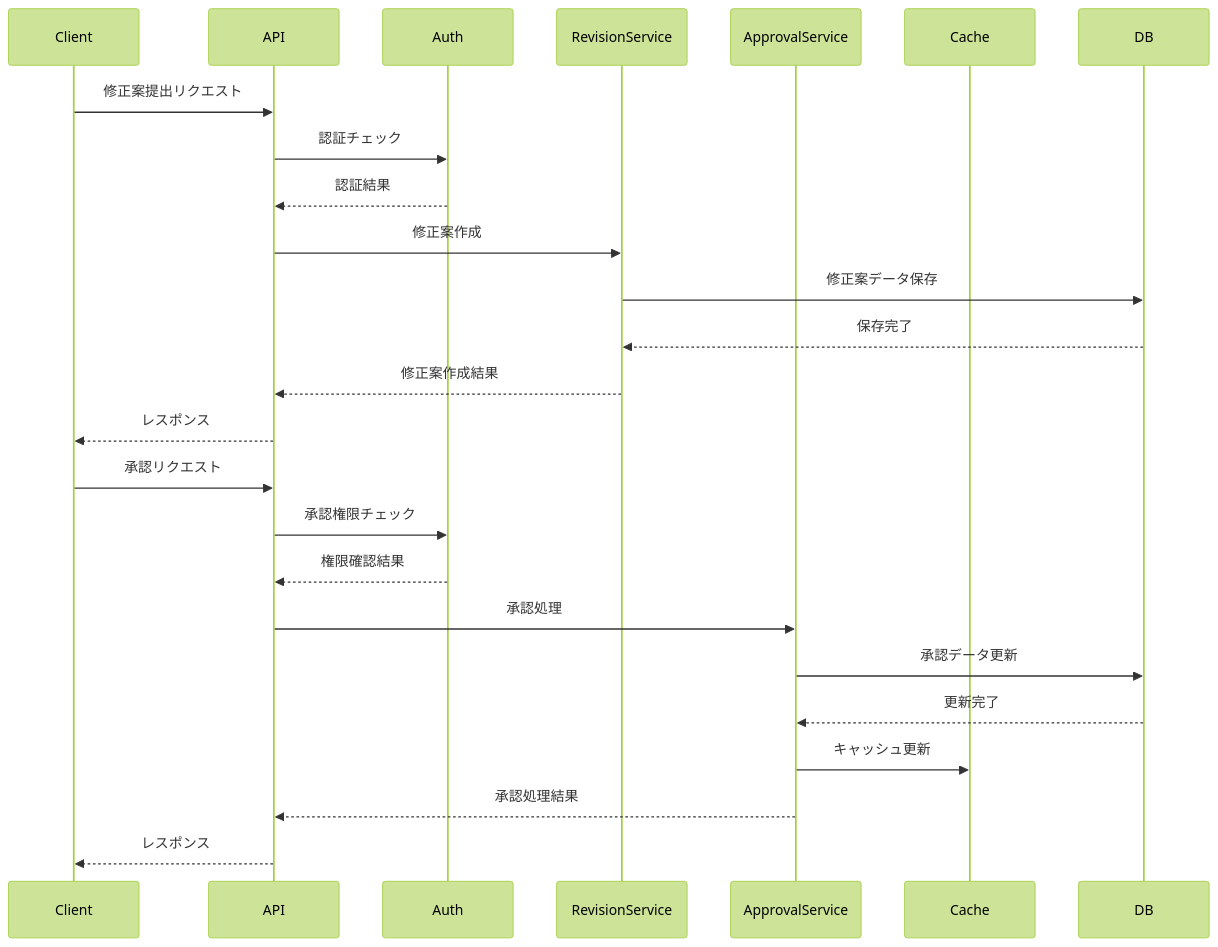
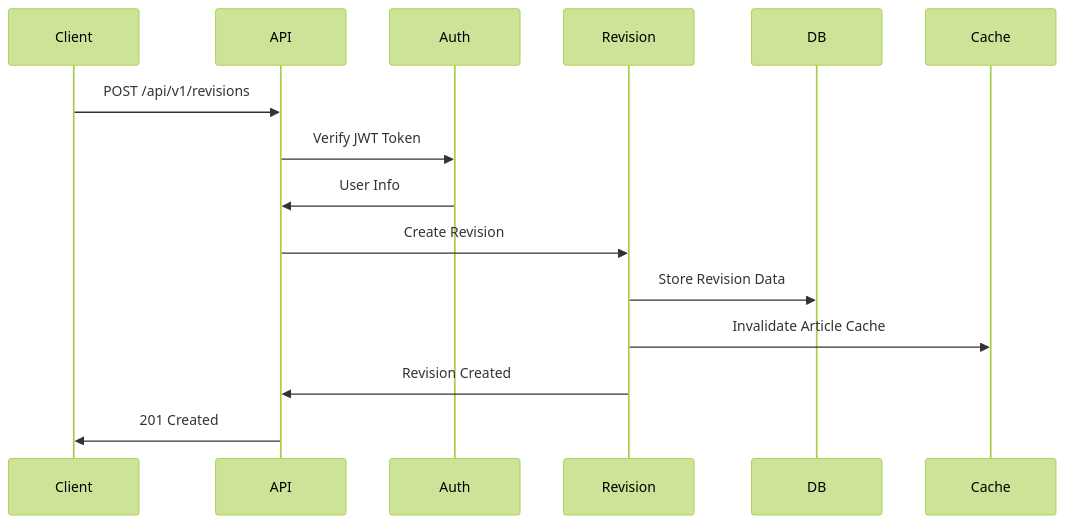
The second of 2 diagrams in .tmp/design.md (ekrsw/claude_code_dev), drawn with Mermaid (forest theme) before and after one commit. The commit also changed other lines of this file, not shown here.

````diff
--- a/.tmp/design.md
+++ b/.tmp/design.md
@@ -226,29 +142,18 @@
 ```mermaid
 sequenceDiagram
     participant Client
     participant API
     participant Auth
-    participant RevisionService
-    participant ApprovalService
+    participant Revision
+    participant DB
     participant Cache
-    participant DB
-
-    Client->>API: 修正案提出リクエスト
-    API->>Auth: 認証チェック
-    Auth-->>API: 認証結果
-    API->>RevisionService: 修正案作成
-    RevisionService->>DB: 修正案データ保存
-    DB-->>RevisionService: 保存完了
-    RevisionService-->>API: 修正案作成結果
-    API-->>Client: レスポンス
-
-    Client->>API: 承認リクエスト
-    API->>Auth: 承認権限チェック
-    Auth-->>API: 権限確認結果
-    API->>ApprovalService: 承認処理
-    ApprovalService->>DB: 承認データ更新
-    DB-->>ApprovalService: 更新完了
-    ApprovalService->>Cache: キャッシュ更新
-    ApprovalService-->>API: 承認処理結果
-    API-->>Client: レスポンス
+    
+    Client->>API: POST /api/v1/revisions
+    API->>Auth: Verify JWT Token
+    Auth->>API: User Info
+    API->>Revision: Create Revision
+    Revision->>DB: Store Revision Data
+    Revision->>Cache: Invalidate Article Cache
+    Revision->>API: Revision Created
+    API->>Client: 201 Created
 ```
````
